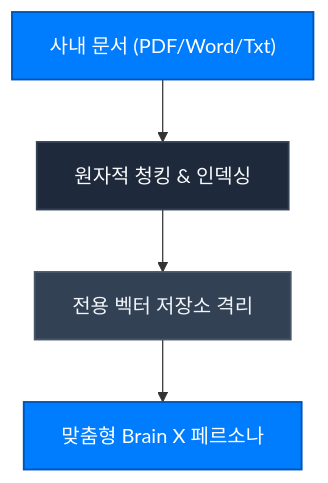
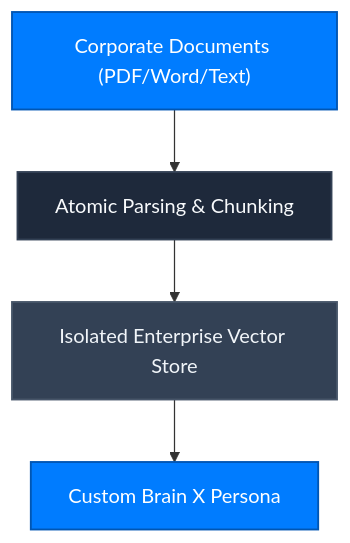
The diagram in guide/brains/manual.mdx (Connex-Brothers-Consulting-Group/cbcg-hs-connex-docs), drawn with Mermaid before and after one commit. The commit also changed other lines of this file and 30 other files, not shown here.

````diff
--- a/guide/brains/manual.mdx
+++ b/guide/brains/manual.mdx
@@ -9,10 +9,10 @@
 ```mermaid
 graph TD
     classDef primary fill:#007CFF,stroke:#0056B3,stroke-width:1.5px,color:#FFFFFF;
     classDef enterprise fill:#1E293B,stroke:#334155,stroke-width:1.5px,color:#F8FAFC;
     classDef storage fill:#334155,stroke:#475569,stroke-width:1.5px,color:#F1F5F9;
 
-    Doc["사내 문서 (PDF/Word/Txt)"]:::primary --> Parse["원자적 청킹 & 인덱싱"]:::enterprise
-    Parse --> Vec["전용 벡터 저장소 격리"]:::storage
-    Vec --> Brain["맞춤형 Brain X 페르소나"]:::primary
+    Doc["Corporate Documents (PDF/Word/Text)"]:::primary --> Parse["Atomic Parsing & Chunking"]:::enterprise
+    Parse --> Vec["Isolated Enterprise Vector Store"]:::storage
+    Vec --> Brain["Custom Brain X Persona"]:::primary
 ```
````
